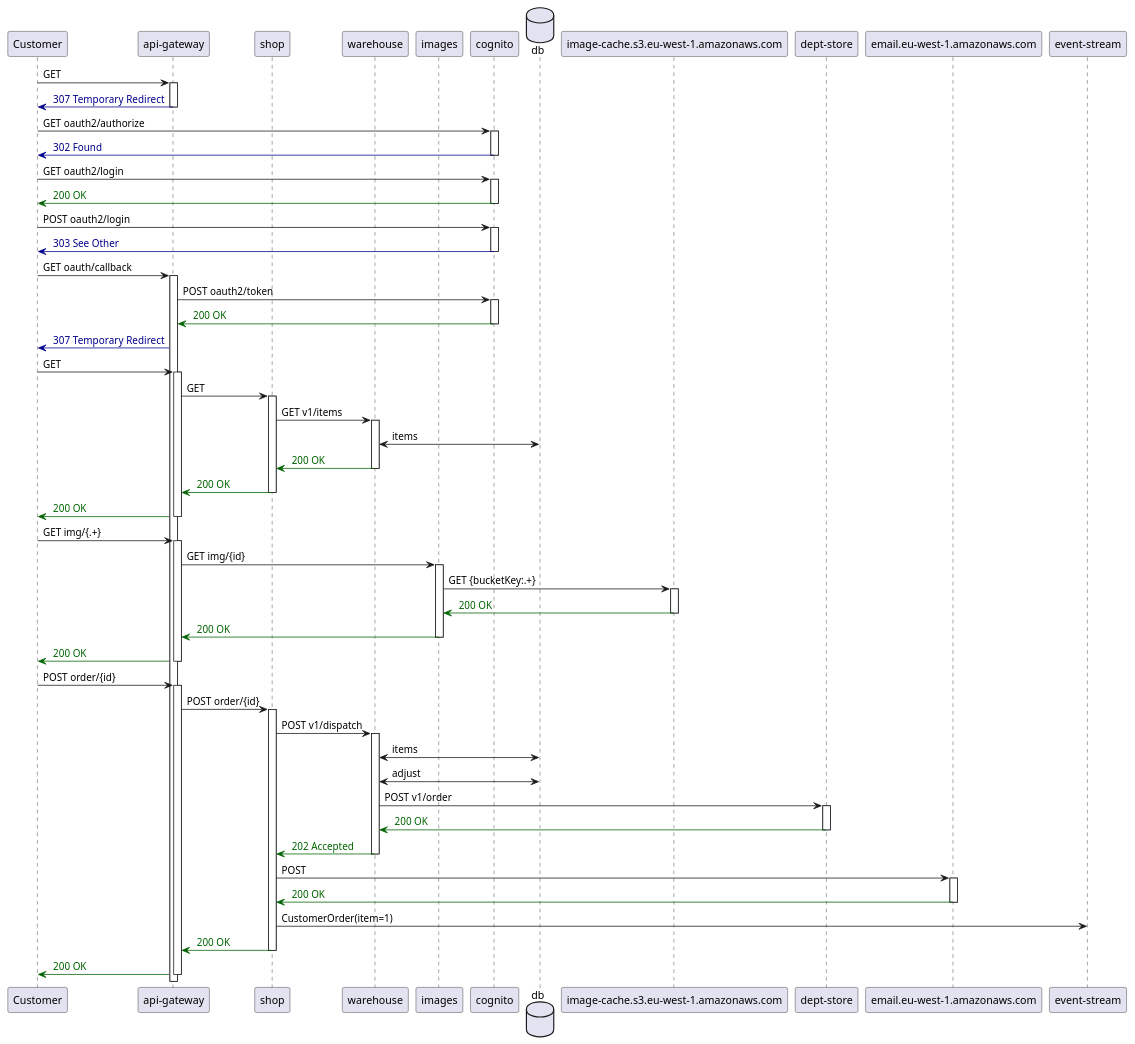
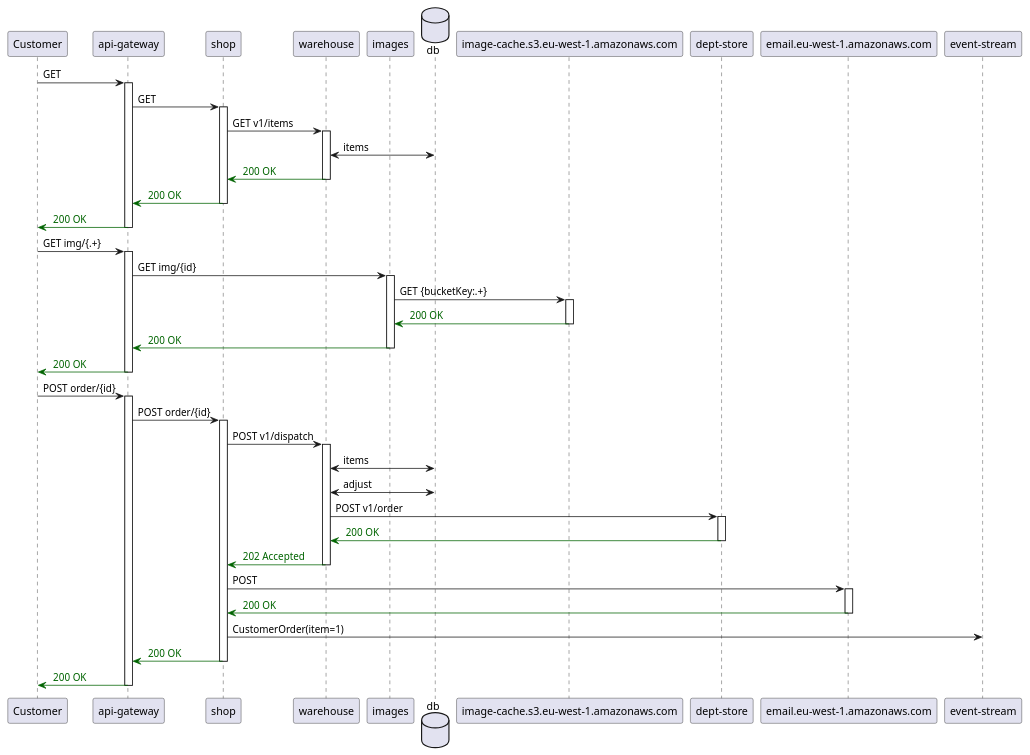
One commit to http4k/exploring-the-testing-hyperpyramid changed the diagram in .presentation/.generated/InMemoryEcommerceSystemTest - can load stock list and order item - Sequence.puml. Above: the diagram before and after it, drawn with PlantUML. The commit also changed 3 other files, not shown here.

Commit message:
update diagrams for failing test

```diff
--- a/.presentation/.generated/InMemoryEcommerceSystemTest - can load stock list and order item - Sequence.puml
+++ b/.presentation/.generated/InMemoryEcommerceSystemTest - can load stock list and order item - Sequence.puml
@@ -1,92 +1,63 @@
 @startuml
 participant "Customer"
 participant "api-gateway"
 participant "shop"
 participant "warehouse"
 participant "images"
-participant "cognito"
 database "db"
 participant "image-cache.s3.eu-west-1.amazonaws.com"
 participant "dept-store"
 participant "email.eu-west-1.amazonaws.com"
 participant "event-stream"
-"Customer" -> "api-gateway": GET
+"Customer" -> "api-gateway": GET 
 activate "api-gateway"
-
-"api-gateway" -[#DarkBlue]> "Customer": <color:DarkBlue> 307 Temporary Redirect
-deactivate "api-gateway"
-"Customer" -> "cognito": GET oauth2/authorize
-activate "cognito"
-
-"cognito" -[#DarkBlue]> "Customer": <color:DarkBlue> 302 Found
-deactivate "cognito"
-"Customer" -> "cognito": GET oauth2/login
-activate "cognito"
-
-"cognito" -[#DarkGreen]> "Customer": <color:DarkGreen> 200 OK
-deactivate "cognito"
-"Customer" -> "cognito": POST oauth2/login
-activate "cognito"
-
-"cognito" -[#DarkBlue]> "Customer": <color:DarkBlue> 303 See Other
-deactivate "cognito"
-"Customer" -> "api-gateway": GET oauth/callback
-activate "api-gateway"
-"api-gateway" -> "cognito": POST oauth2/token
-activate "cognito"
-
-"cognito" -[#DarkGreen]> "api-gateway": <color:DarkGreen> 200 OK
-deactivate "cognito"
-"api-gateway" -[#DarkBlue]> "Customer": <color:DarkBlue> 307 Temporary Redirect
-"Customer" -> "api-gateway": GET
-activate "api-gateway"
-"api-gateway" -> "shop": GET
+"api-gateway" -> "shop": GET 
 activate "shop"
 "shop" -> "warehouse": GET v1/items
 activate "warehouse"
 "warehouse" <-> "db": items
 "warehouse" -[#DarkGreen]> "shop": <color:DarkGreen> 200 OK
 deactivate "warehouse"
 "shop" -[#DarkGreen]> "api-gateway": <color:DarkGreen> 200 OK
 deactivate "shop"
 "api-gateway" -[#DarkGreen]> "Customer": <color:DarkGreen> 200 OK
 deactivate "api-gateway"
 "Customer" -> "api-gateway": GET img/{.+}
 activate "api-gateway"
 "api-gateway" -> "images": GET img/{id}
 activate "images"
 "images" -> "image-cache.s3.eu-west-1.amazonaws.com": GET {bucketKey:.+}
 activate "image-cache.s3.eu-west-1.amazonaws.com"
 
 "image-cache.s3.eu-west-1.amazonaws.com" -[#DarkGreen]> "images": <color:DarkGreen> 200 OK
 deactivate "image-cache.s3.eu-west-1.amazonaws.com"
 "images" -[#DarkGreen]> "api-gateway": <color:DarkGreen> 200 OK
 deactivate "images"
 "api-gateway" -[#DarkGreen]> "Customer": <color:DarkGreen> 200 OK
 deactivate "api-gateway"
 "Customer" -> "api-gateway": POST order/{id}
 activate "api-gateway"
 "api-gateway" -> "shop": POST order/{id}
 activate "shop"
 "shop" -> "warehouse": POST v1/dispatch
 activate "warehouse"
 "warehouse" <-> "db": items
 "warehouse" <-> "db": adjust
 "warehouse" -> "dept-store": POST v1/order
 activate "dept-store"
 
 "dept-store" -[#DarkGreen]> "warehouse": <color:DarkGreen> 200 OK
 deactivate "dept-store"
 "warehouse" -[#DarkGreen]> "shop": <color:DarkGreen> 202 Accepted
 deactivate "warehouse"
-"shop" -> "email.eu-west-1.amazonaws.com": POST
+"shop" -> "email.eu-west-1.amazonaws.com": POST 
 activate "email.eu-west-1.amazonaws.com"
 
 "email.eu-west-1.amazonaws.com" -[#DarkGreen]> "shop": <color:DarkGreen> 200 OK
 deactivate "email.eu-west-1.amazonaws.com"
 "shop" -> "event-stream": CustomerOrder(item=1)
 "shop" -[#DarkGreen]> "api-gateway": <color:DarkGreen> 200 OK
 deactivate "shop"
 "api-gateway" -[#DarkGreen]> "Customer": <color:DarkGreen> 200 OK
 deactivate "api-gateway"
 @enduml
```
